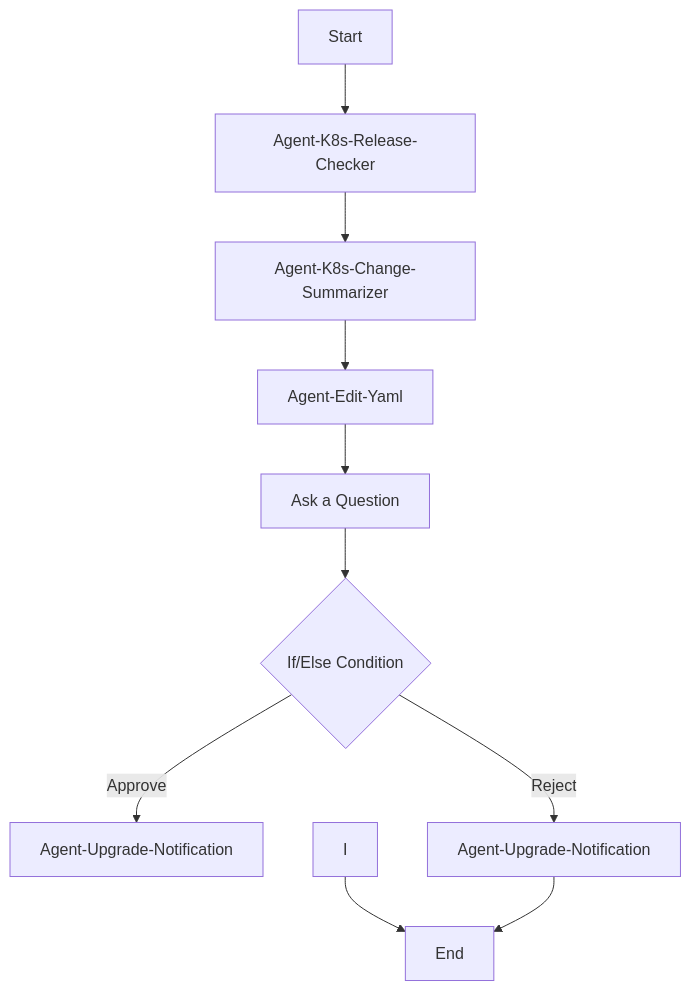
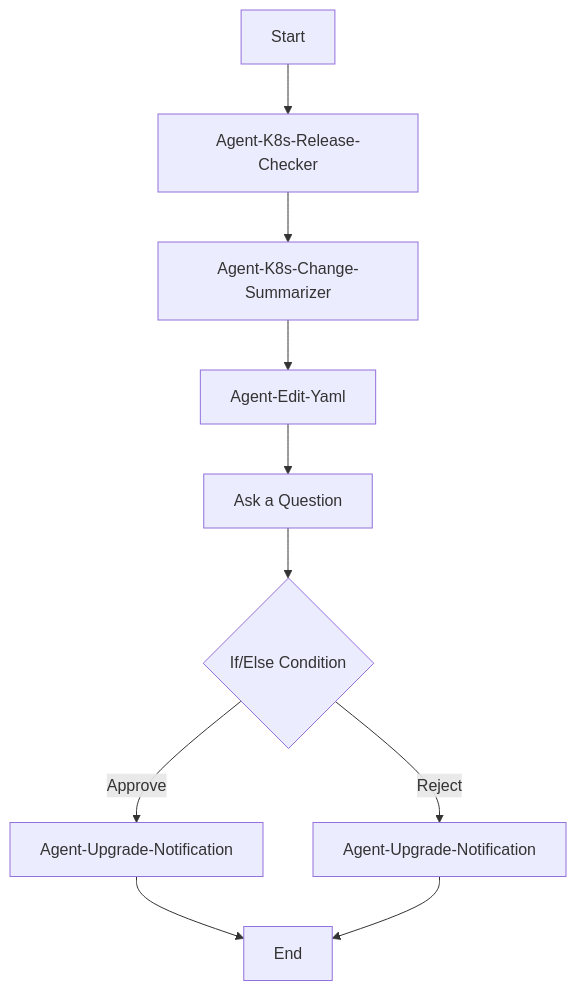
One commit to maayanlux/AI-Hands-on-Day changed the diagram in Lab6-NEW-AI-Foundry-Workflow/01-multi-agent-workflow-lab.md. Above: the diagram before and after it, drawn with Mermaid. The commit also changed other lines of this file, not shown here.

````diff
--- a/Lab6-NEW-AI-Foundry-Workflow/01-multi-agent-workflow-lab.md
+++ b/Lab6-NEW-AI-Foundry-Workflow/01-multi-agent-workflow-lab.md
@@ -183,12 +184,12 @@
     ```mermaid
     graph TD
     Start --> A[Agent-K8s-Release-Checker]
     A --> B[Agent-K8s-Change-Summarizer]
     B --> C[Agent-Edit-Yaml]
     C --> E[Ask a Question]
     E --> F{If/Else Condition}
     F -- Approve --> G[Agent-Upgrade-Notification]
-    I --> End
+    G --> End
     F -- Reject --> J[Agent-Upgrade-Notification]
     J --> End
     ```
````
